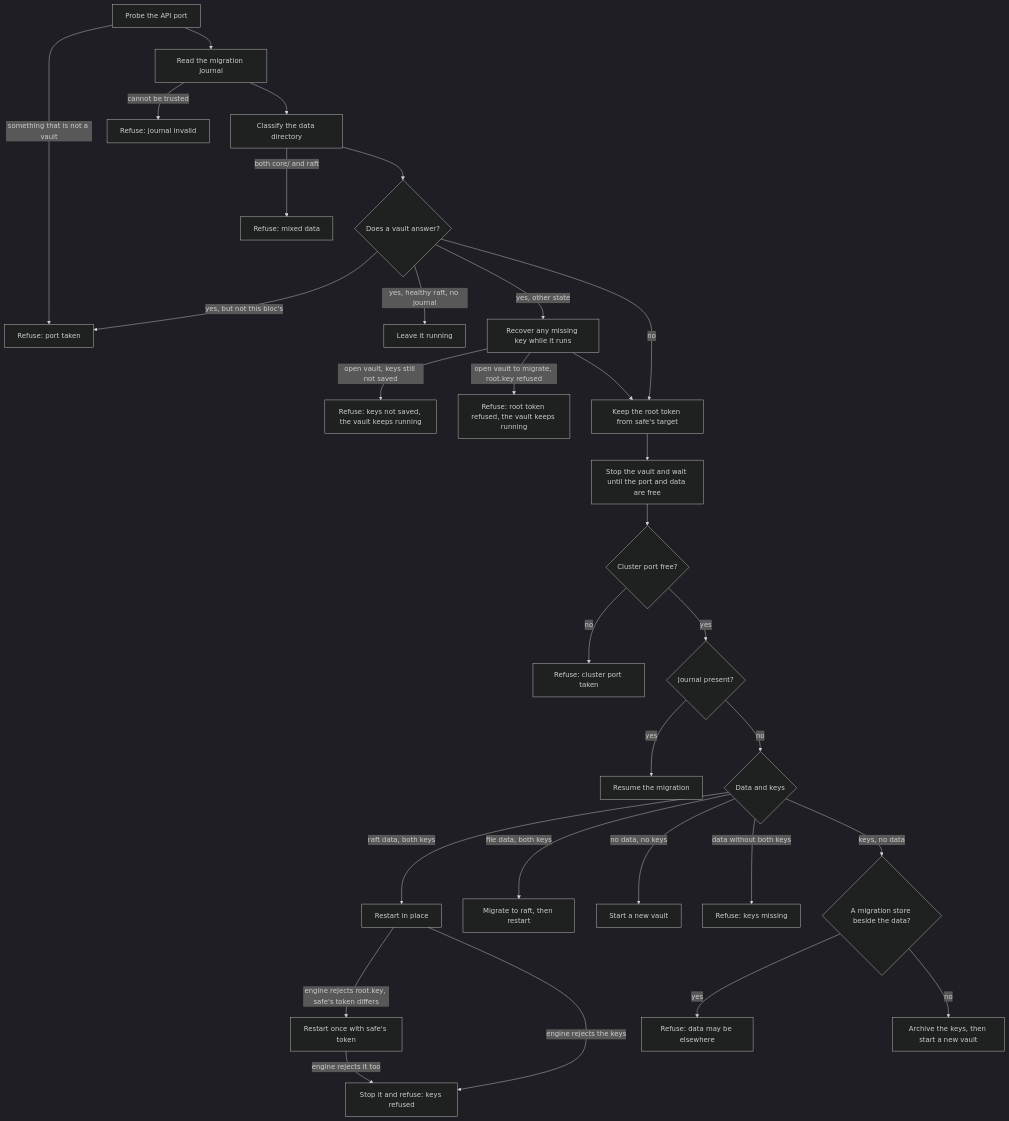
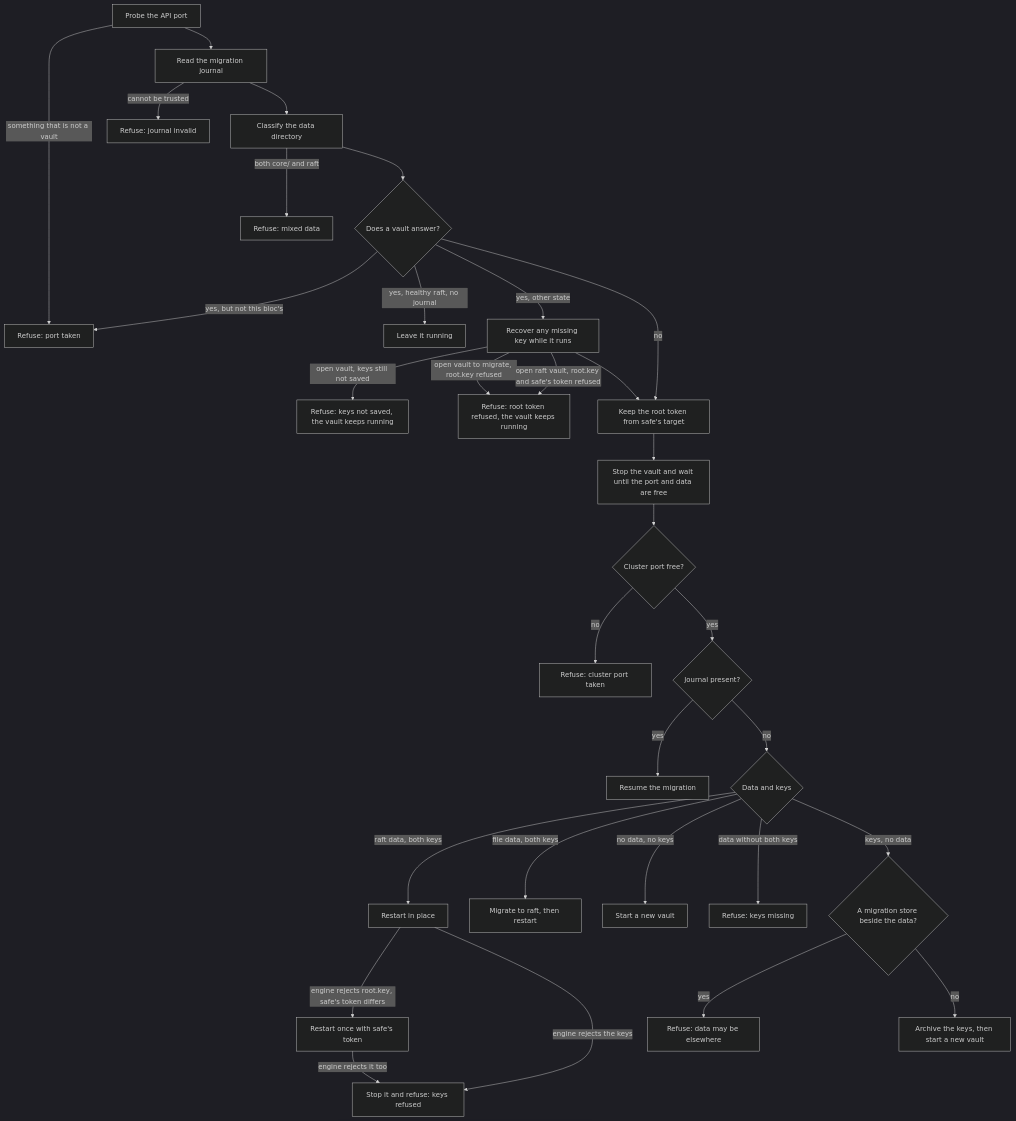
Before and after one commit to fivetwenty-io/ocfp-cli: the diagram in docs/inception-vault.md, drawn with Mermaid (dark theme). The commit also changed other lines of this file and 5 other files, not shown here.

First line of the commit message:
Check the tokens before restarting a raft vault

````diff
--- a/docs/inception-vault.md
+++ b/docs/inception-vault.md
@@ -68,32 +68,33 @@
 ```mermaid
 flowchart TD
     A[Probe the API port] -->|something that is not a vault| X1[Refuse: port taken]
     A --> B[Read the migration journal]
     B -->|cannot be trusted| X2[Refuse: journal invalid]
     B --> C[Classify the data directory]
     C -->|both core/ and raft| X3[Refuse: mixed data]
     C --> D{Does a vault answer?}
     D -->|yes, but not this bloc's| X1
     D -->|yes, healthy raft, no journal| H[Leave it running]
     D -->|yes, other state| R[Recover any missing key while it runs]
     R -->|open vault, keys still not saved| X5[Refuse: keys not saved, the vault keeps running]
     R -->|open vault to migrate, root.key refused| X9[Refuse: root token refused, the vault keeps running]
+    R -->|open raft vault, root.key and safe's token refused| X9
     D -->|no| T
     R --> T[Keep the root token from safe's target]
     T --> S[Stop the vault and wait until the port and data are free]
     S --> P{Cluster port free?}
     P -->|no| X4[Refuse: cluster port taken]
     P -->|yes| J{Journal present?}
     J -->|yes| M[Resume the migration]
     J -->|no| K{Data and keys}
     K -->|raft data, both keys| RS[Restart in place]
     K -->|file data, both keys| MG[Migrate to raft, then restart]
     K -->|no data, no keys| F[Start a new vault]
     K -->|data without both keys| X7[Refuse: keys missing]
     K -->|keys, no data| BS{A migration store beside the data?}
     BS -->|yes| X8[Refuse: data may be elsewhere]
     BS -->|no| AR[Archive the keys, then start a new vault]
     RS -->|engine rejects root.key, safe's token differs| RT[Restart once with safe's token]
     RS -->|engine rejects the keys| X6[Stop it and refuse: keys refused]
     RT -->|engine rejects it too| X6
 ```
````
